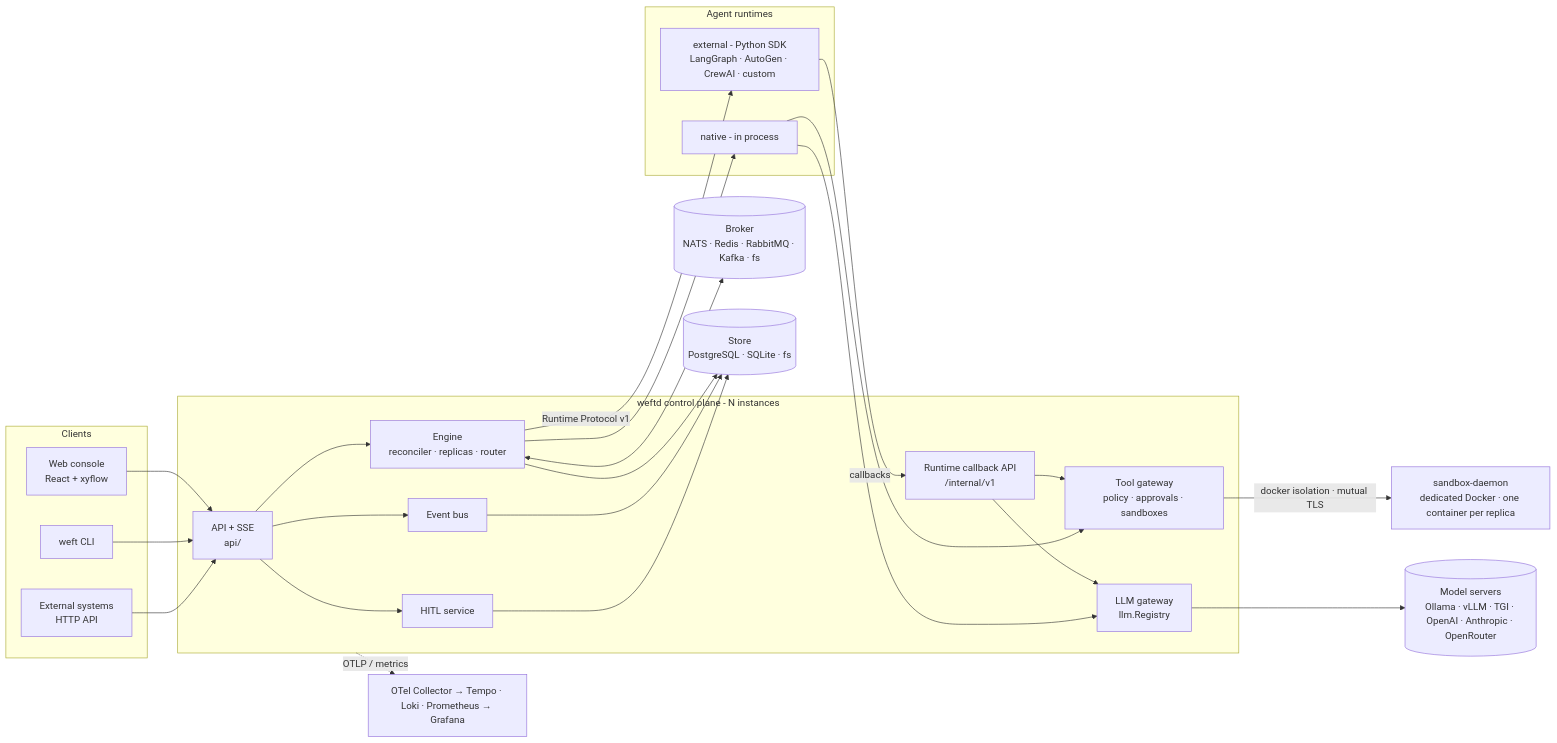
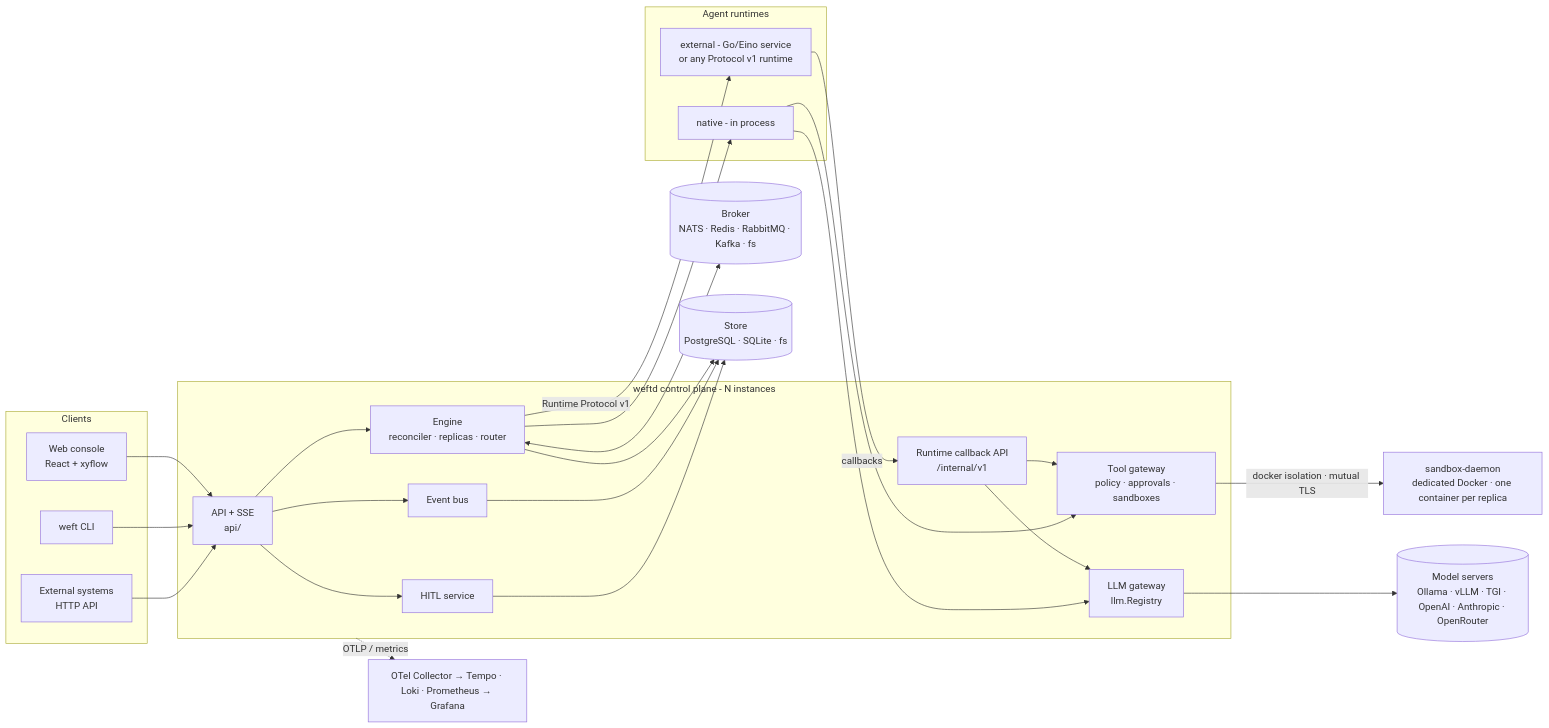
One commit to woliveiras/weft changed the diagram in docs/architecture.md. Above: the diagram before and after it, drawn with Mermaid. The commit also changed other lines of this file and 21 other files, not shown here.

Commit message:
docs(agents): guide graph authors and operators through the Go cutover

````diff
--- a/docs/architecture.md
+++ b/docs/architecture.md
@@ -103,38 +103,38 @@
 ```mermaid
 flowchart LR
   subgraph clients[Clients]
     UI[Web console<br/>React + xyflow]
     CLI[weft CLI]
     EXT[External systems<br/>HTTP API]
   end
   subgraph weftd[weftd control plane - N instances]
     API[API + SSE<br/>api/]
     ENG[Engine<br/>reconciler · replicas · router]
     LLMGW[LLM gateway<br/>llm.Registry]
     TOOLGW[Tool gateway<br/>policy · approvals · sandboxes]
     HITL[HITL service]
     BUS[Event bus]
     CB[Runtime callback API<br/>/internal/v1]
   end
   subgraph runtimes[Agent runtimes]
     NAT[native - in process]
-    PY[external - Python SDK<br/>LangGraph · AutoGen · CrewAI · custom]
+    PY[external - Go/Eino service<br/>or any Protocol v1 runtime]
   end
   Q[(Broker<br/>NATS · Redis · RabbitMQ · Kafka · fs)]
   S[(Store<br/>PostgreSQL · SQLite · fs)]
   M[(Model servers<br/>Ollama · vLLM · TGI · OpenAI · Anthropic · OpenRouter)]
   SBX[sandbox-daemon<br/>dedicated Docker · one container per replica]
   OBS[OTel Collector → Tempo · Loki · Prometheus → Grafana]
 
   UI & CLI & EXT --> API
   API --> ENG & HITL & BUS
   ENG <--> Q
   ENG & BUS & HITL --> S
   ENG --> NAT
   ENG -- Runtime Protocol v1 --> PY
   PY -- callbacks --> CB --> TOOLGW & LLMGW
   NAT --> TOOLGW & LLMGW
   LLMGW --> M
   TOOLGW -- docker isolation · mutual TLS --> SBX
   weftd -. OTLP / metrics .-> OBS
 ```
````
